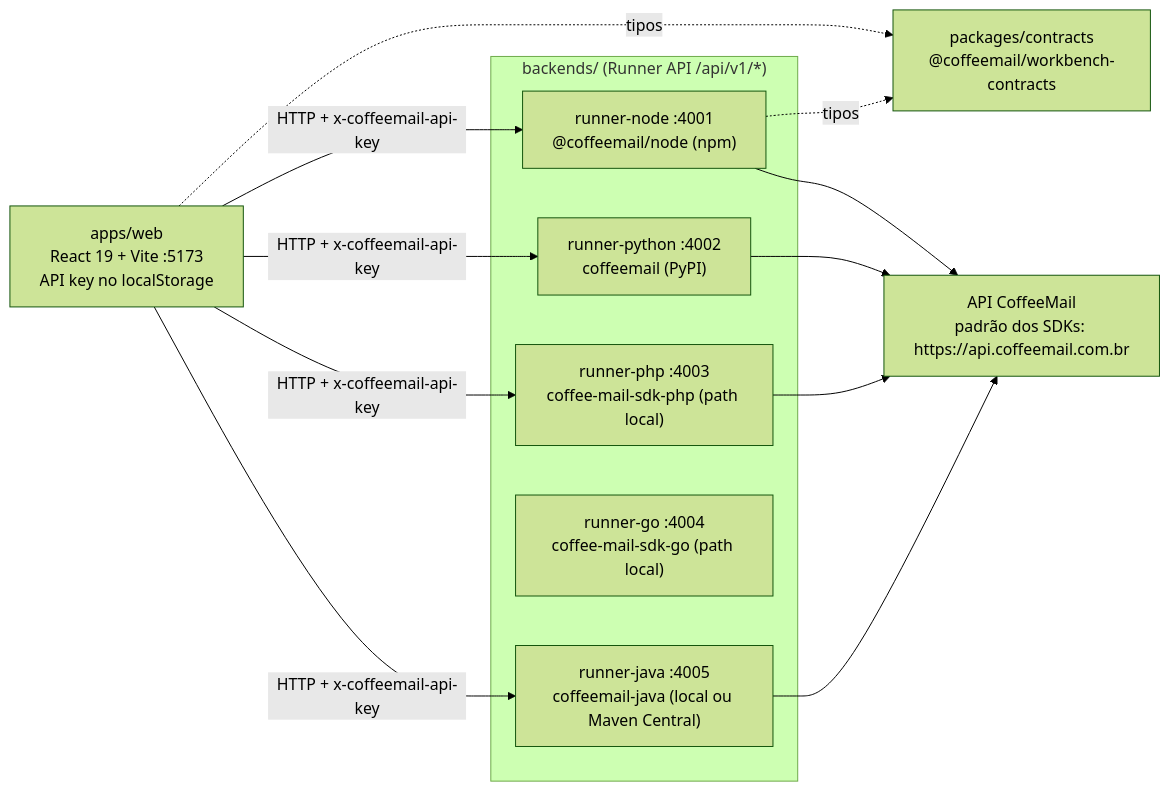
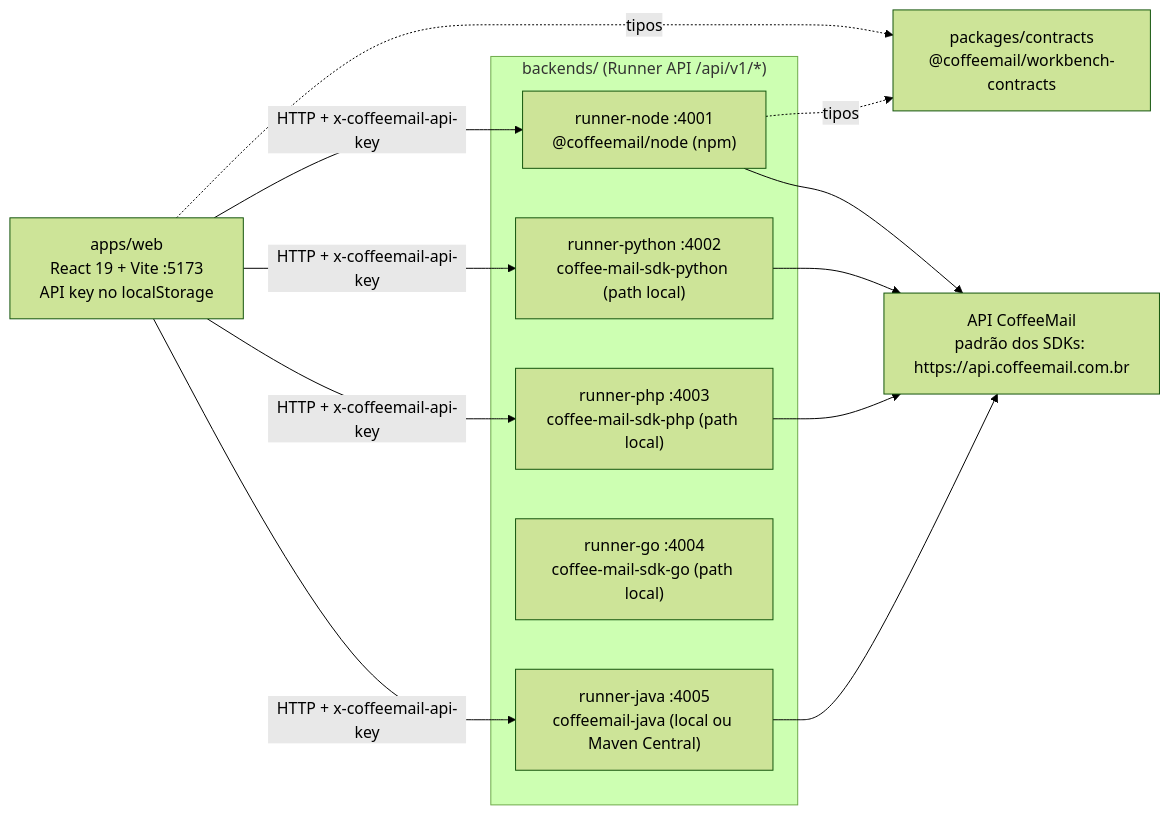
One commit to Coffee-Mail/coffee-mail-sdk-workbench changed the diagram in README.md. Above: the diagram before and after it, drawn with Mermaid (forest theme). The commit also changed other lines of this file and 6 other files, not shown here.

````diff
--- a/README.md
+++ b/README.md
@@ -82,26 +83,26 @@
 ```mermaid
 flowchart LR
     UI["apps/web<br/>React 19 + Vite :5173<br/>API key no localStorage"]
     Contracts["packages/contracts<br/>@coffeemail/workbench-contracts"]
 
     subgraph Runners["backends/ (Runner API /api/v1/*)"]
         Node["runner-node :4001<br/>@coffeemail/node (npm)"]
-        Py["runner-python :4002<br/>coffeemail (PyPI)"]
+        Py["runner-python :4002<br/>coffee-mail-sdk-python (path local)"]
         Php["runner-php :4003<br/>coffee-mail-sdk-php (path local)"]
         Go["runner-go :4004<br/>coffee-mail-sdk-go (path local)"]
         Java["runner-java :4005<br/>coffeemail-java (local ou Maven Central)"]
     end
 
     API["API CoffeeMail<br/>padrão dos SDKs: https://api.coffeemail.com.br"]
 
     UI -->|"HTTP + x-coffeemail-api-key"| Node
     UI -->|"HTTP + x-coffeemail-api-key"| Py
     UI -->|"HTTP + x-coffeemail-api-key"| Php
     UI -->|"HTTP + x-coffeemail-api-key"| Java
     UI -.->|tipos| Contracts
     Node -.->|tipos| Contracts
     Node --> API
     Py --> API
     Php --> API
     Java --> API
 ```
````
